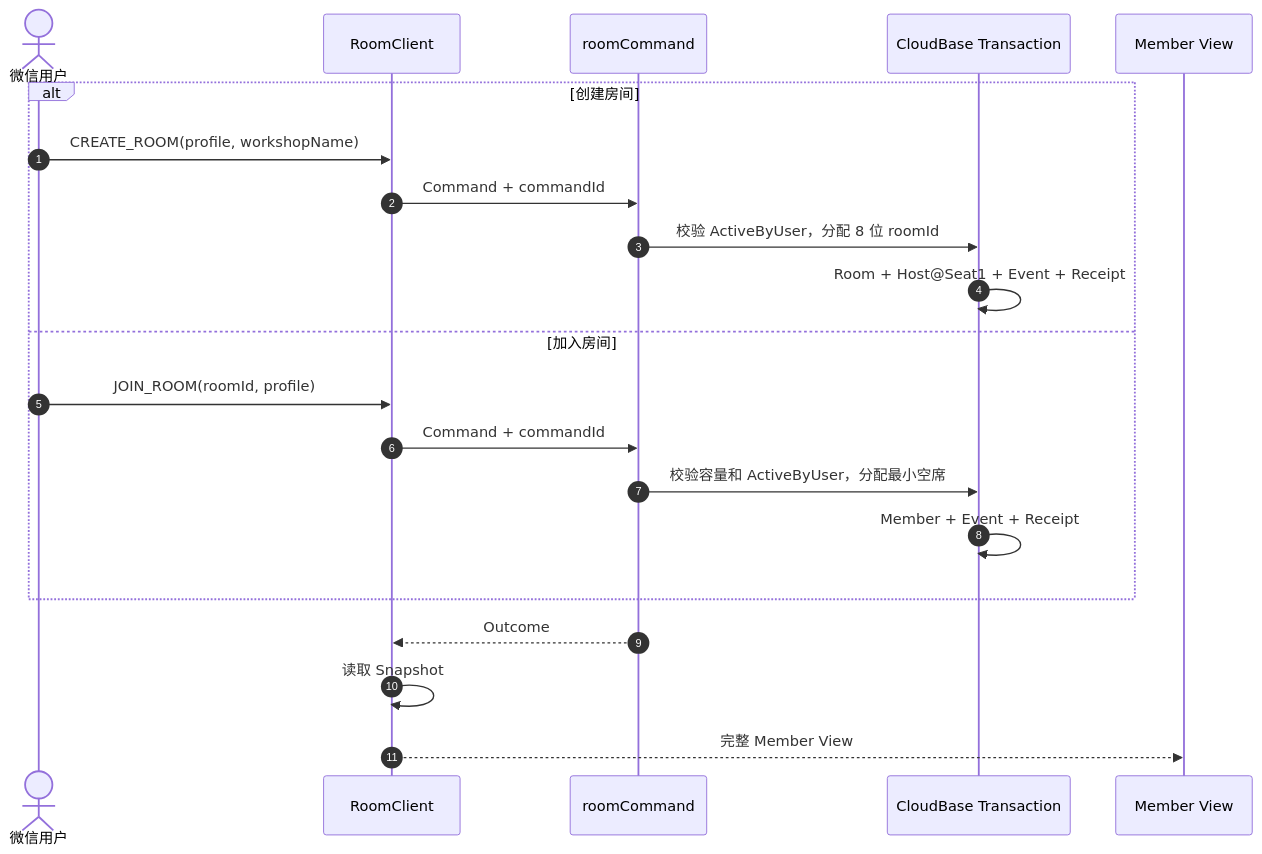
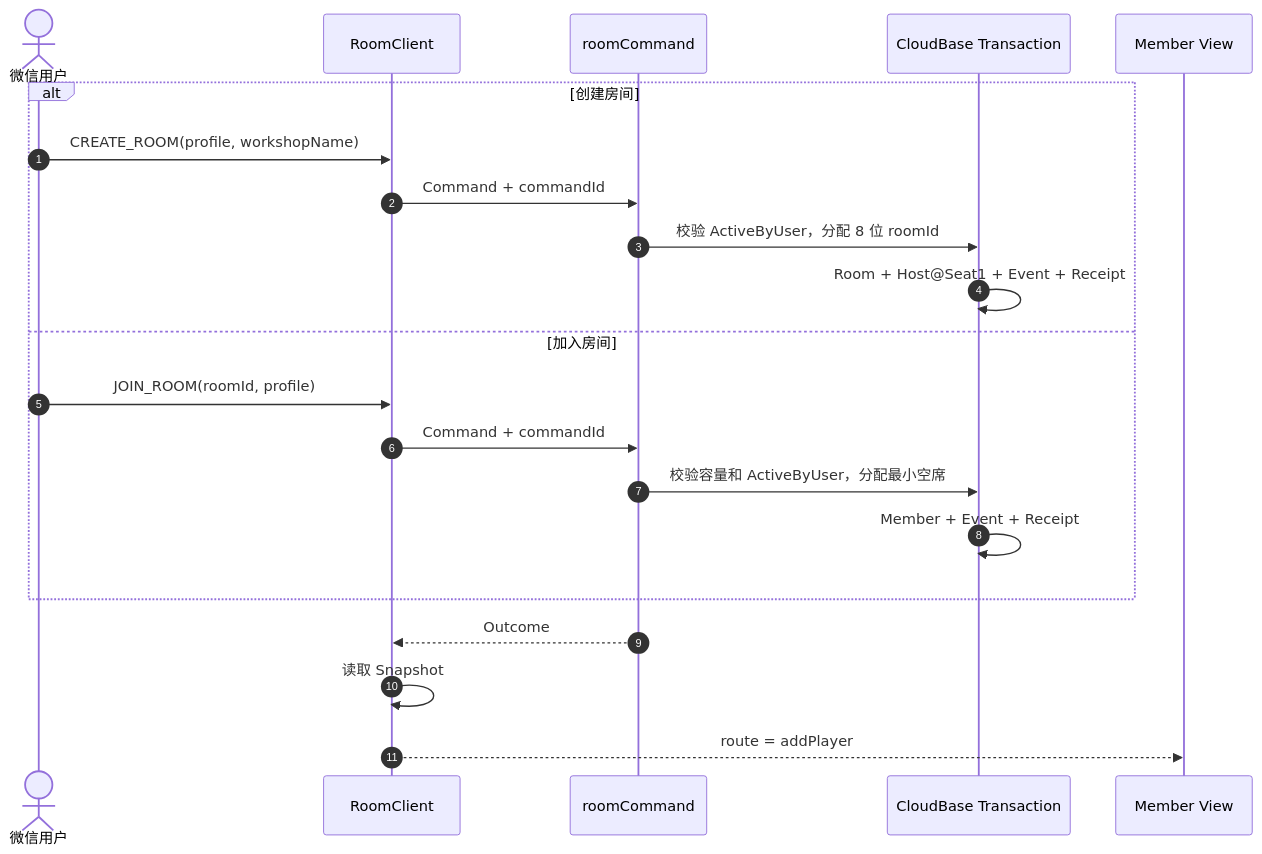
The fifth of 17 diagrams in docs/ROOM_BUSINESS_FLOWS.md (Bubble-419/cardboard-miniprogram), drawn with Mermaid before and after one commit. The commit also changed other lines of this file and 25 other files, not shown here.

Commit message:
fix: align v3 routes with business flows

````diff
--- a/docs/ROOM_BUSINESS_FLOWS.md
+++ b/docs/ROOM_BUSINESS_FLOWS.md
@@ -30,24 +182,24 @@
 ```mermaid
 sequenceDiagram
   autonumber
   actor U as 微信用户
   participant C as RoomClient
   participant F as roomCommand
   participant T as CloudBase Transaction
   participant V as Member View
 
   alt 创建房间
     U->>C: CREATE_ROOM(profile, workshopName)
     C->>F: Command + commandId
     F->>T: 校验 ActiveByUser，分配 8 位 roomId
     T->>T: Room + Host@Seat1 + Event + Receipt
   else 加入房间
     U->>C: JOIN_ROOM(roomId, profile)
     C->>F: Command + commandId
     F->>T: 校验容量和 ActiveByUser，分配最小空席
     T->>T: Member + Event + Receipt
   end
   F-->>C: Outcome
   C->>C: 读取 Snapshot
-  C-->>V: 完整 Member View
+  C-->>V: route = addPlayer
 ```
````
